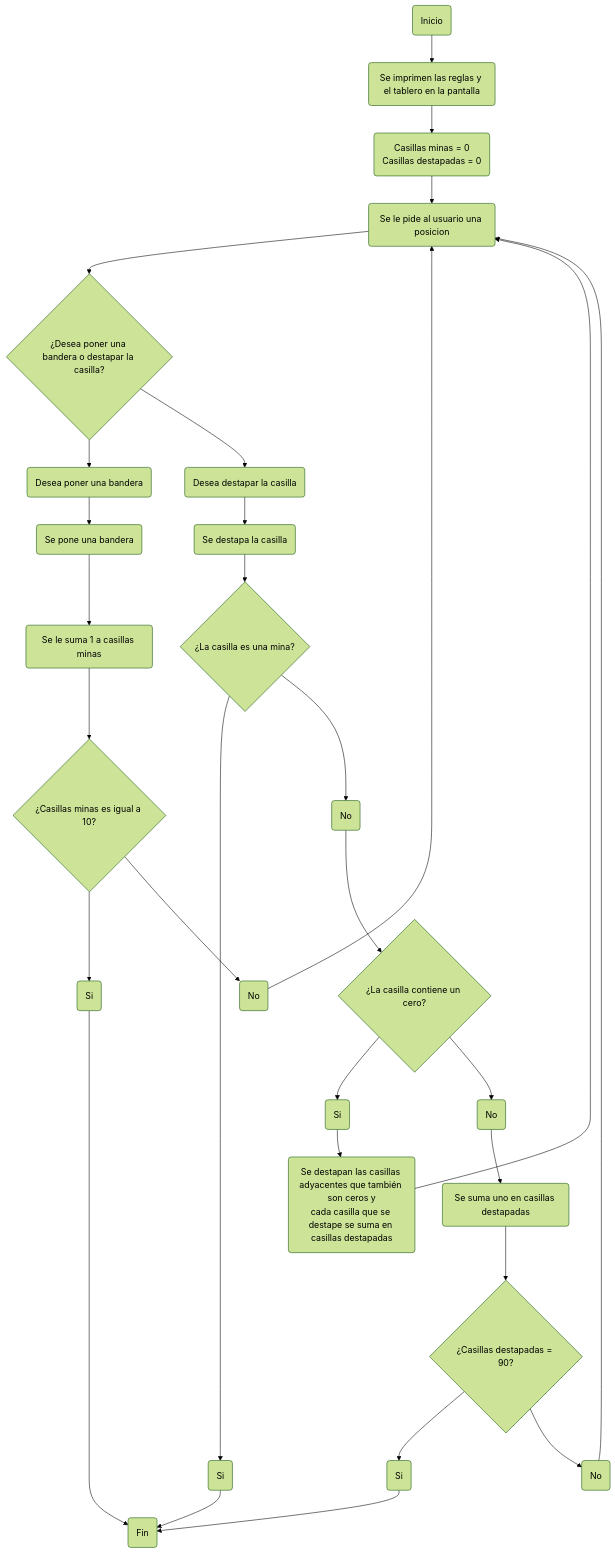
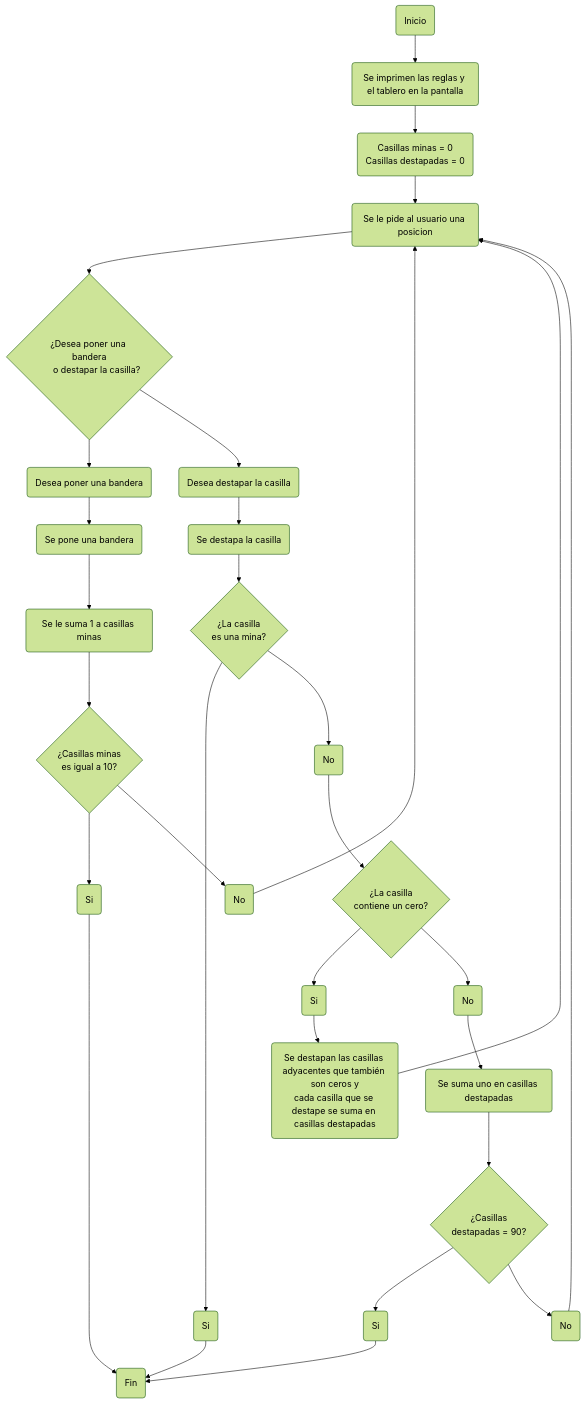
One commit to coD3-Programacion/Avance-Proyecto changed the diagram in README.md. Above: the diagram before and after it, drawn with Mermaid (forest theme).

````diff
--- a/README.md
+++ b/README.md
@@ -60,43 +60,48 @@
 ```mermaid
 flowchart TD
 %% Nodos
     A("Inicio")
     B("Se imprimen las reglas y el tablero en la pantalla")
     C("Se le pide al usuario una posicion")
-    D{¿Desea poner una bandera o destapar la casilla?}
+    D{¿Desea poner una bandera
+      o destapar la casilla?}
     E(Desea poner una bandera)
     F(Desea destapar la casilla)
     G(Se pone una bandera)
     H(Se destapa la casilla)
-    I{¿La casilla es una mina?}
+    I{¿La casilla
+     es una mina?}
     J(Fin)
     K(Si)
     L(No)
-    M{¿La casilla contiene un cero?}
+    M{¿La casilla
+     contiene un cero?}
     N(Si)
     O(No)
     P(Se destapan las casillas adyacentes que también son ceros y
 cada casilla que se destape se suma en casillas destapadas
 )
     Q(Se suma uno en casillas destapadas)
-    R{¿Casillas destapadas = 90?}
+    R{¿Casillas
+    destapadas = 90?}
     S(Si)
     T(No)
     U(Se le suma 1 a casillas minas)
-    V{¿Casillas minas es igual a 10?}
+    V{¿Casillas minas
+    es igual a 10?}
     W(Si)
     Y(No)
 
 %% Conexiones entre los nodos
     A-->B-->Z-->C-->D-->E-->G-->U-->V-->W-->J
     D-->F-->H-->I-->K-->J
     I-->L-->M-->N-->P
     M-->O-->Q
     P-->C
     Q-->R-->S-->J
     R-->T-->C
     V-->Y-->C
     Z(Casillas minas = 0
     Casillas destapadas = 0)
 
 ```
````
